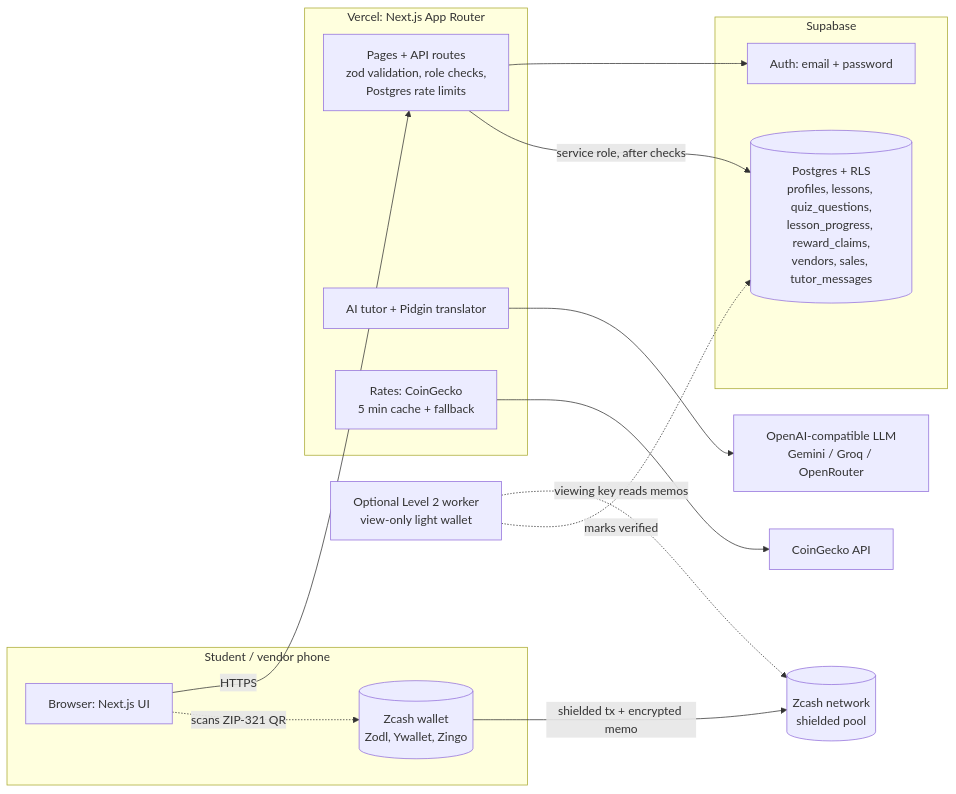
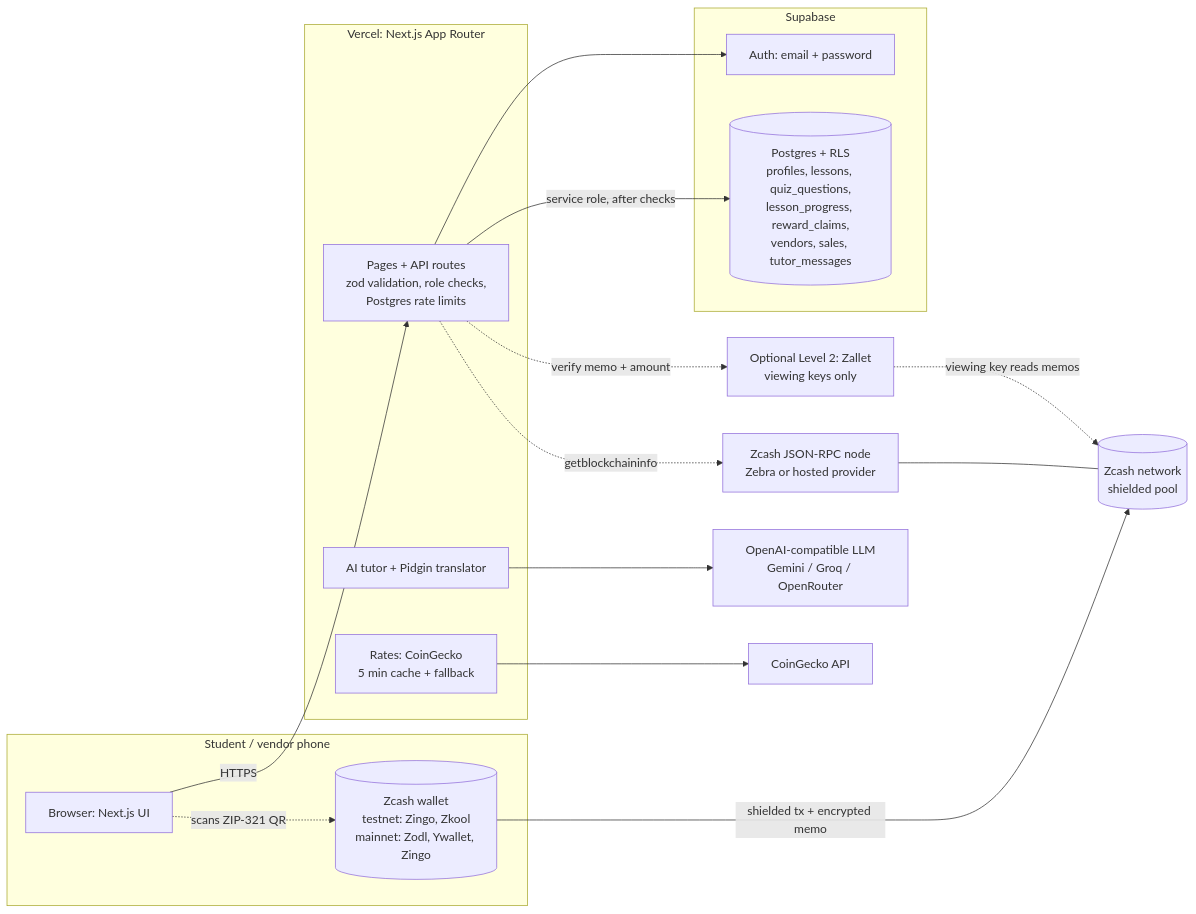
One commit to obitobenna/shieldcampus changed the diagram in README.md. Above: the diagram before and after it, drawn with Mermaid. The commit also changed other lines of this file and 39 other files, not shown here.

First line of the commit message:
Run on Zcash testnet by default, keep mainnet via config

````diff
--- a/README.md
+++ b/README.md
@@ -56,33 +56,36 @@
 ```mermaid
 flowchart LR
   subgraph Phone["Student / vendor phone"]
     B[Browser: Next.js UI]
-    W[(Zcash wallet<br/>Zodl, Ywallet, Zingo)]
+    W[(Zcash wallet<br/>testnet: Zingo, Zkool<br/>mainnet: Zodl, Ywallet, Zingo)]
   end
 
   subgraph Vercel["Vercel: Next.js App Router"]
     P[Pages + API routes<br/>zod validation, role checks,<br/>Postgres rate limits]
     T[AI tutor + Pidgin translator]
     R[Rates: CoinGecko<br/>5 min cache + fallback]
   end
 
   subgraph Supabase
     A[Auth: email + password]
     D[(Postgres + RLS<br/>profiles, lessons, quiz_questions,<br/>lesson_progress, reward_claims,<br/>vendors, sales, tutor_messages)]
   end
 
   LLM[OpenAI-compatible LLM<br/>Gemini / Groq / OpenRouter]
   CG[CoinGecko API]
   Z[(Zcash network<br/>shielded pool)]
-  WK[Optional Level 2 worker<br/>view-only light wallet]
+  WK[Optional Level 2: Zallet<br/>viewing keys only]
+  N[Zcash JSON-RPC node<br/>Zebra or hosted provider]
 
   B -- HTTPS --> P
   P --> A
   P -- service role, after checks --> D
   T --> LLM
   R --> CG
   B -. scans ZIP-321 QR .-> W
   W -- shielded tx + encrypted memo --> Z
   WK -. viewing key reads memos .-> Z
-  WK -. marks verified .-> D
+  P -. verify memo + amount .-> WK
+  P -. getblockchaininfo .-> N
+  N --- Z
 ```
````
